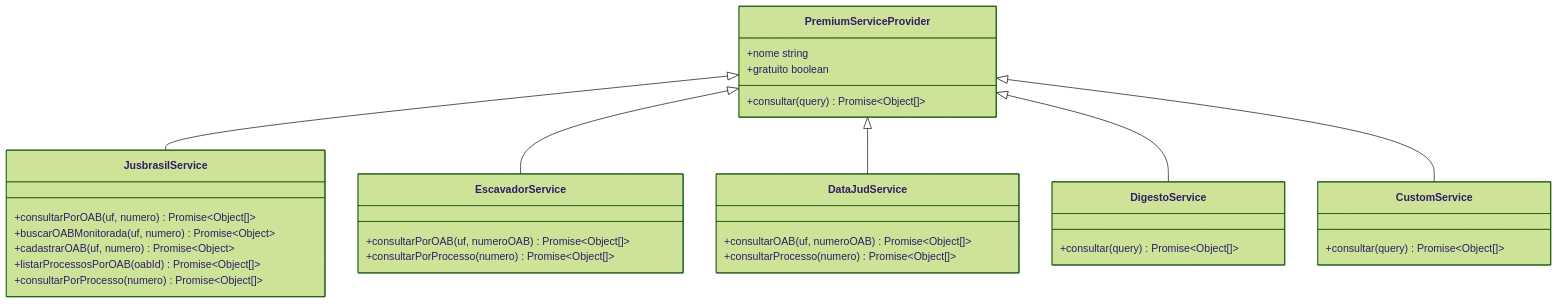
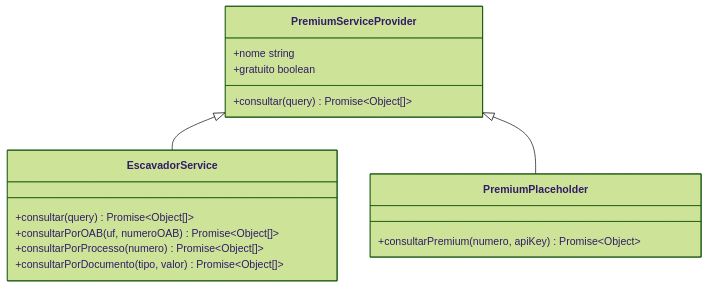
The third of 19 diagrams in .qoder/repowiki/en/content/API Integration Layer/Premium Paid Service Integration.md (Alexandrexicara/bot-processos), drawn with Mermaid (forest theme) before and after one commit. The commit also changed other lines of this file and 6 other files, not shown here.

````diff
--- a/.qoder/repowiki/en/content/API Integration Layer/Premium Paid Service Integration.md
+++ b/.qoder/repowiki/en/content/API Integration Layer/Premium Paid Service Integration.md
@@ -204,34 +173,19 @@
 ```mermaid
 classDiagram
 class PremiumServiceProvider {
 +consultar(query) Promise~Object[]~
 +nome string
 +gratuito boolean
 }
-class JusbrasilService {
-+consultarPorOAB(uf, numero) Promise~Object[]~
-+buscarOABMonitorada(uf, numero) Promise~Object~
-+cadastrarOAB(uf, numero) Promise~Object~
-+listarProcessosPorOAB(oabId) Promise~Object[]~
-+consultarPorProcesso(numero) Promise~Object[]~
-}
 class EscavadorService {
++consultar(query) Promise~Object[]~
 +consultarPorOAB(uf, numeroOAB) Promise~Object[]~
 +consultarPorProcesso(numero) Promise~Object[]~
++consultarPorDocumento(tipo, valor) Promise~Object[]~
 }
-class DataJudService {
-+consultarOAB(uf, numeroOAB) Promise~Object[]~
-+consultarProcesso(numero) Promise~Object[]~
+class PremiumPlaceholder {
++consultarPremium(numero, apiKey) Promise~Object~
 }
-class DigestoService {
-+consultar(query) Promise~Object[]~
-}
-class CustomService {
-+consultar(query) Promise~Object[]~
-}
-PremiumServiceProvider <|-- JusbrasilService
 PremiumServiceProvider <|-- EscavadorService
-PremiumServiceProvider <|-- DataJudService
-PremiumServiceProvider <|-- DigestoService
-PremiumServiceProvider <|-- CustomService
+PremiumServiceProvider <|-- PremiumPlaceholder
 ```
````
